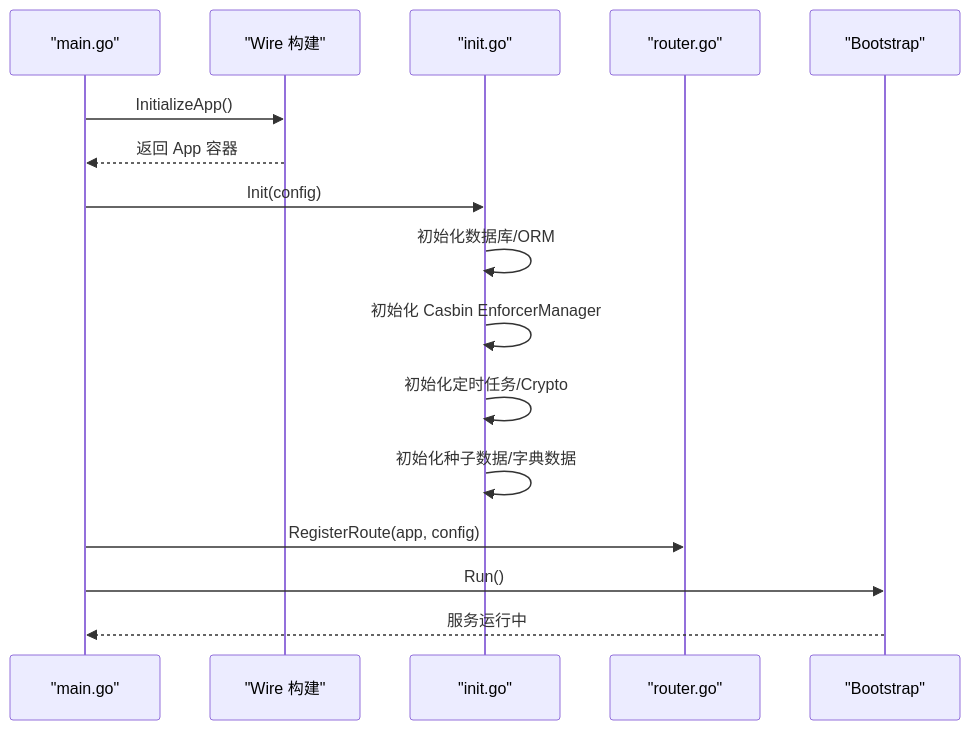
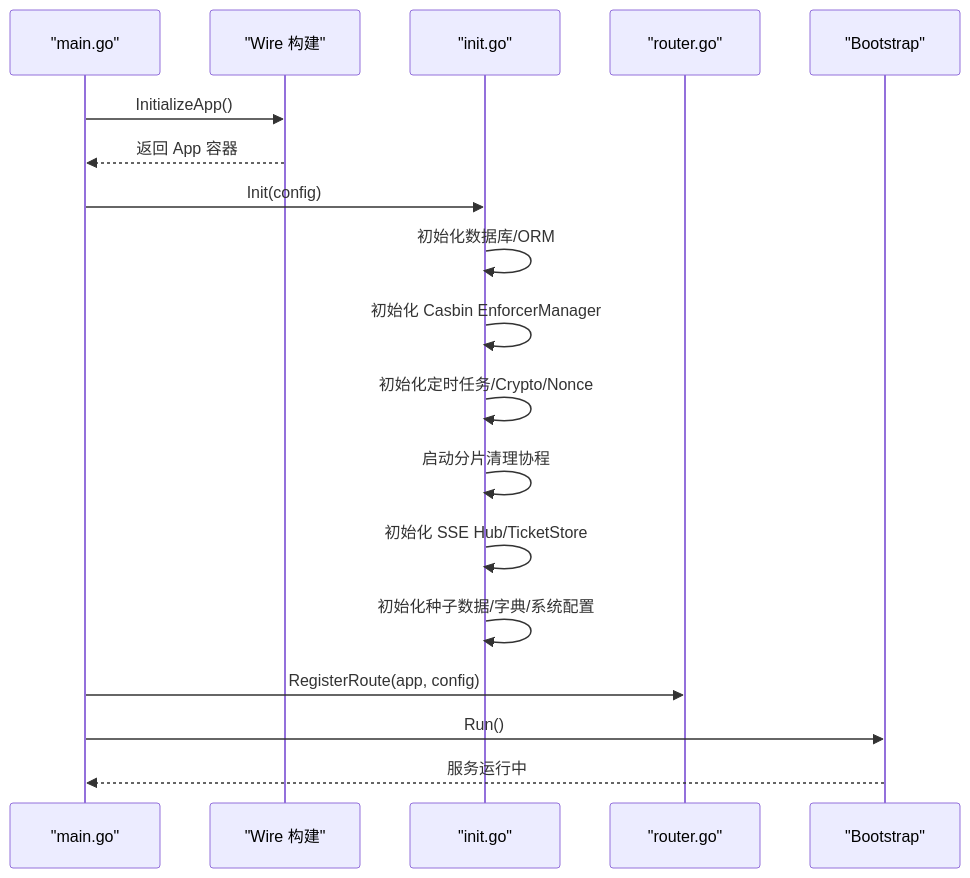
The second of 5 diagrams in .qoder/repowiki/zh/content/部署运维/部署配置.md (wuwuseo/e-sports-go-admin), drawn with Mermaid before and after one commit. The commit also changed other lines of this file and 42 other files, not shown here.

````diff
--- a/.qoder/repowiki/zh/content/部署运维/部署配置.md
+++ b/.qoder/repowiki/zh/content/部署运维/部署配置.md
@@ -91,18 +91,20 @@
 ```mermaid
 sequenceDiagram
 participant M as "main.go"
 participant W as "Wire 构建"
 participant I as "init.go"
 participant R as "router.go"
 participant B as "Bootstrap"
 M->>W : InitializeApp()
 W-->>M : 返回 App 容器
 M->>I : Init(config)
 I->>I : 初始化数据库/ORM
 I->>I : 初始化 Casbin EnforcerManager
-I->>I : 初始化定时任务/Crypto
-I->>I : 初始化种子数据/字典数据
+I->>I : 初始化定时任务/Crypto/Nonce
+I->>I : 启动分片清理协程
+I->>I : 初始化 SSE Hub/TicketStore
+I->>I : 初始化种子数据/字典/系统配置
 M->>R : RegisterRoute(app, config)
 M->>B : Run()
 B-->>M : 服务运行中
 ```
````
